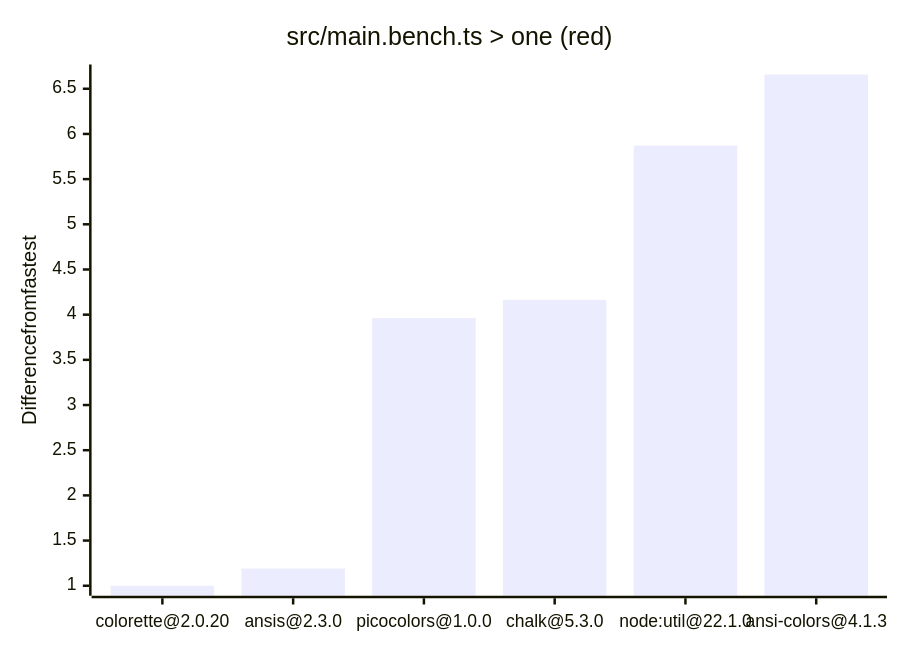
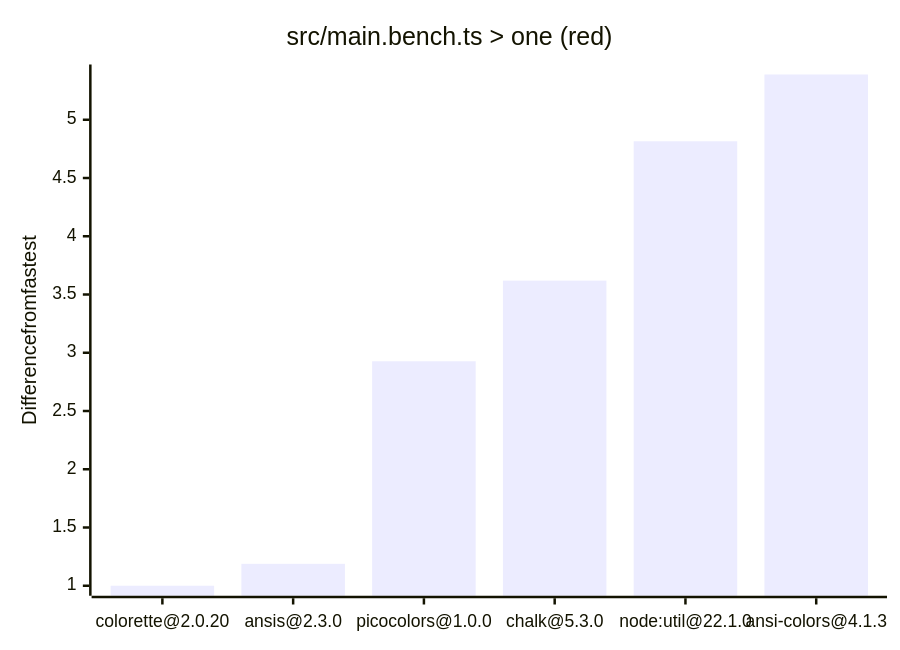
One commit to beeequeue/node-cli-colors-benchmark changed the first of 4 diagrams in README.md. Above: the diagram before and after it, drawn with Mermaid. The commit also changed other lines of this file, not shown here.

Commit message:
Update graphs

````diff
--- a/README.md
+++ b/README.md
@@ -17,7 +17,7 @@
 ```mermaid
 xychart-beta
   title "src/main.bench.ts > one (red)"
   x-axis ["colorette@2.0.20", "ansis@2.3.0", "picocolors@1.0.0", "chalk@5.3.0", "node:util@22.1.0", "ansi-colors@4.1.3"]
   y-axis Difference from fastest
-  bar [1.0000, 1.1901, 3.9615, 4.1638, 5.8714, 6.6578]
+  bar [1.0000, 1.1883, 2.9270, 3.6189, 4.8152, 5.3885]
 ```
````
